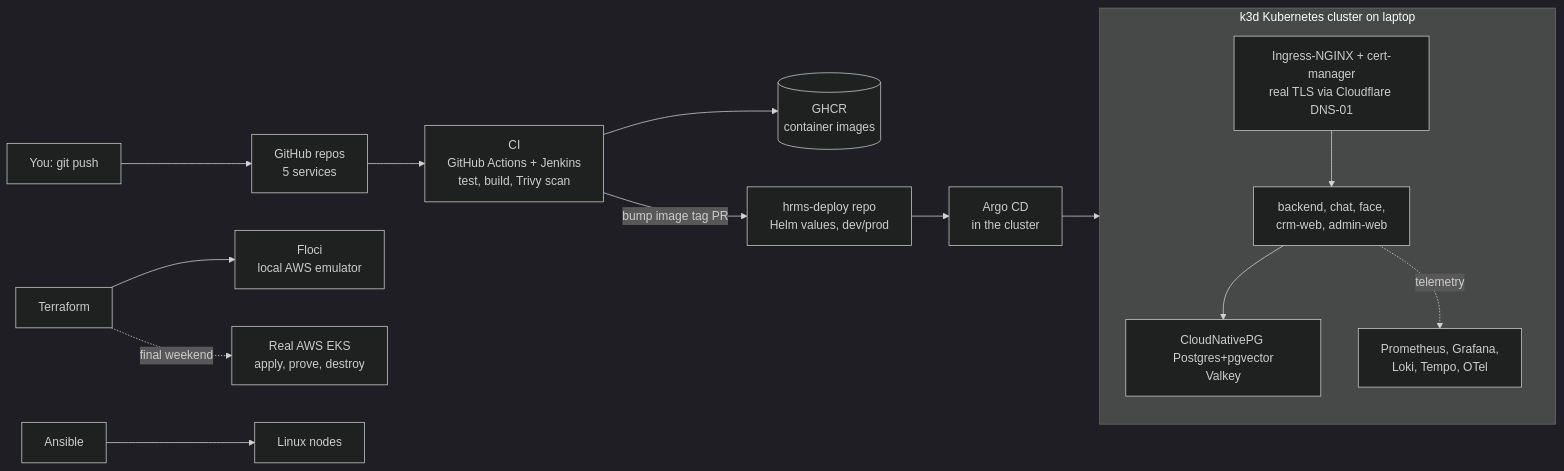
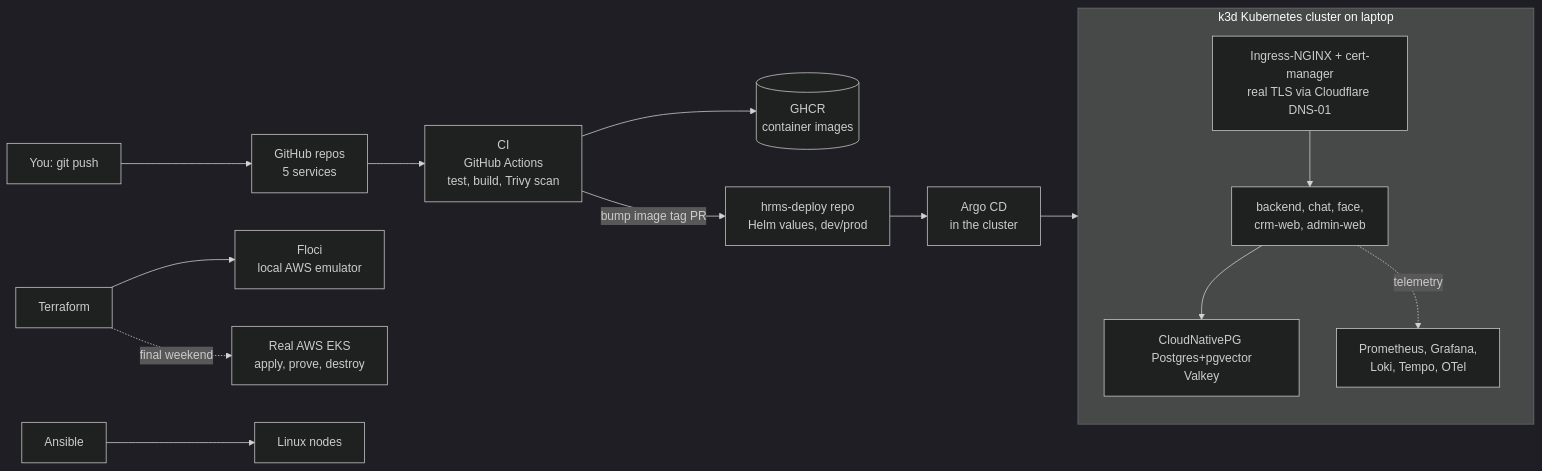
Before and after one commit to jashp143/hrms-devops-lab: the diagram in docs/00-ROADMAP.md, drawn with Mermaid (dark theme). The commit also changed other lines of this file, not shown here.

First line of the commit message:
Roadmap: GitHub Actions only, drop Jenkins

````diff
--- a/docs/00-ROADMAP.md
+++ b/docs/00-ROADMAP.md
@@ -13,22 +13,22 @@
 ```mermaid
 flowchart LR
     dev[You: git push] --> gh[GitHub repos<br/>5 services]
-    gh --> ci[CI<br/>GitHub Actions + Jenkins<br/>test, build, Trivy scan]
+    gh --> ci[CI<br/>GitHub Actions<br/>test, build, Trivy scan]
     ci --> reg[(GHCR<br/>container images)]
     ci -->|bump image tag PR| deploy[hrms-deploy repo<br/>Helm values, dev/prod]
     deploy --> argo[Argo CD<br/>in the cluster]
     argo --> k8s
 
     subgraph k8s[k3d Kubernetes cluster on laptop]
         ing[Ingress-NGINX + cert-manager<br/>real TLS via Cloudflare DNS-01]
         apps[backend, chat, face,<br/>crm-web, admin-web]
         data[CloudNativePG Postgres+pgvector<br/>Valkey]
         obs[Prometheus, Grafana,<br/>Loki, Tempo, OTel]
         ing --> apps --> data
         apps -.telemetry.-> obs
     end
 
     tf[Terraform] --> floci[Floci<br/>local AWS emulator]
     ans[Ansible] --> nodes[Linux nodes]
     tf -. final weekend .-> aws[Real AWS EKS<br/>apply, prove, destroy]
 ```
````
